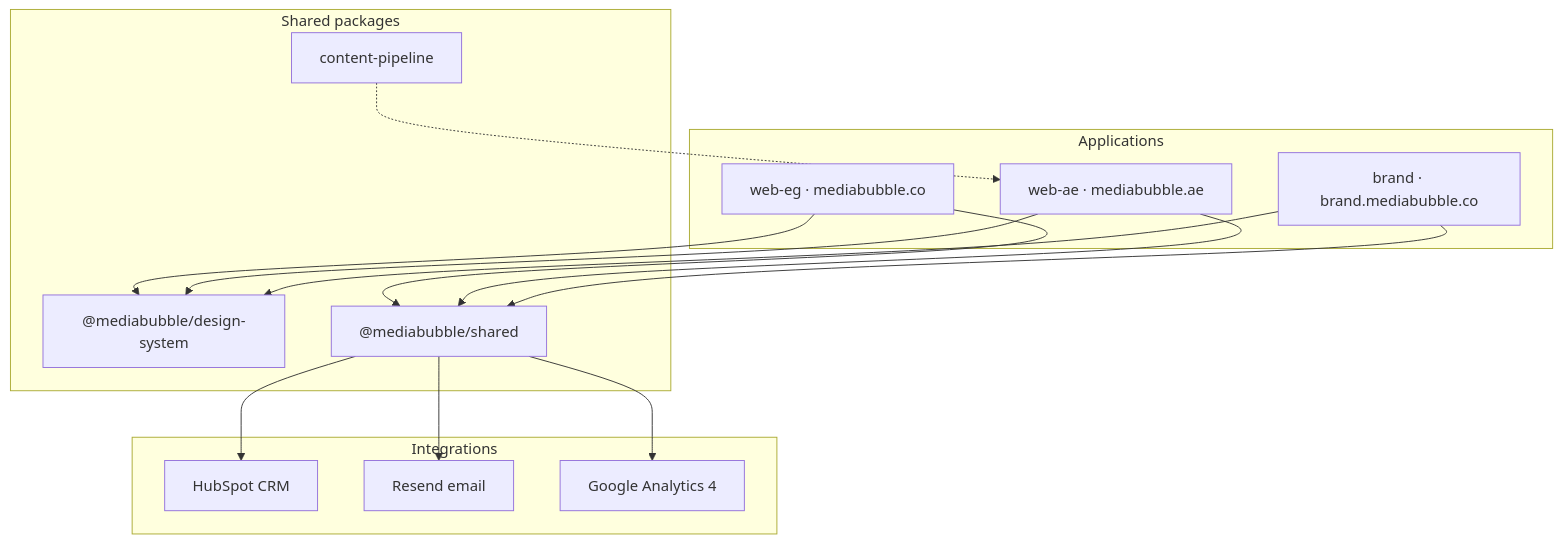
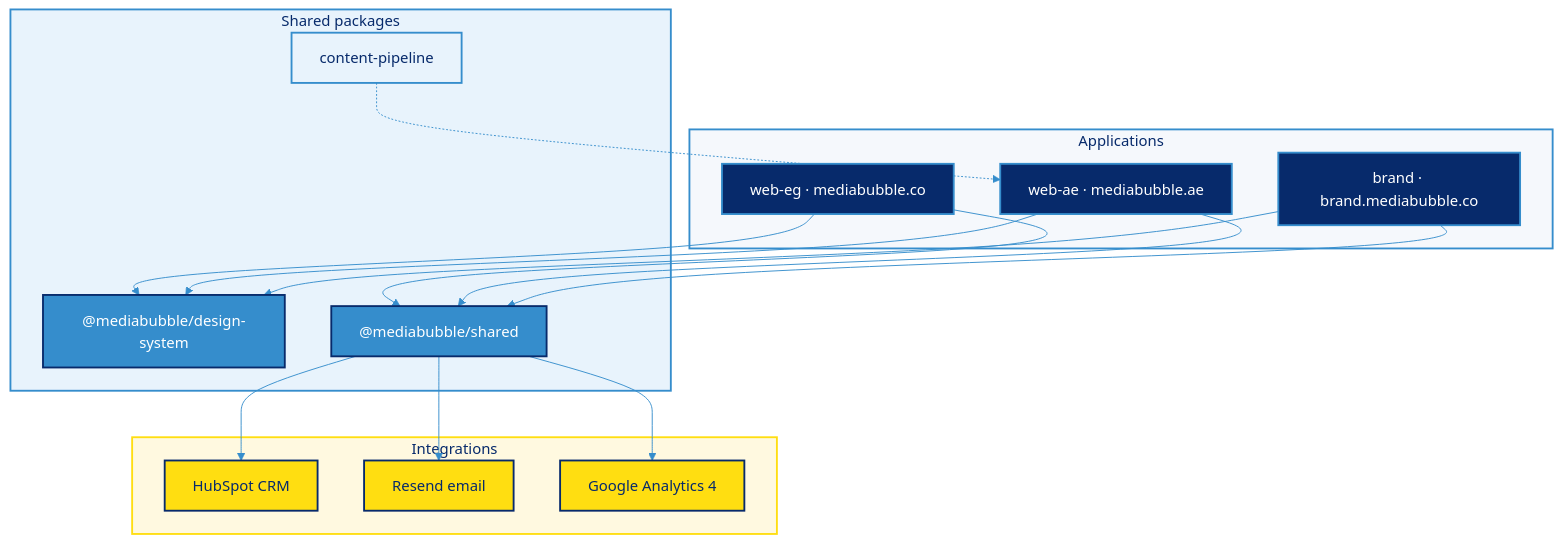
One commit to mediabubble-adv/mediaBubble changed the diagram in README.md. Above: the diagram before and after it, drawn with Mermaid. The commit also changed 66 other files, not shown here.

First line of the commit message:
feat(web): SEO alternates, i18n polish, and brand README diagram

````diff
--- a/README.md
+++ b/README.md
@@ -59,31 +59,46 @@
 ```mermaid
+%%{init: {"theme":"base","themeVariables":{"fontFamily":"Inter, system-ui, sans-serif","lineColor":"#358DCC","primaryTextColor":"#072A6B","primaryColor":"#E8F3FC","primaryBorderColor":"#358DCC","secondaryColor":"#FFF9E0","tertiaryColor":"#F5F8FC"}}}%%
 flowchart TB
   subgraph apps [Applications]
     EG["web-eg · mediabubble.co"]
     AE["web-ae · mediabubble.ae"]
     BR["brand · brand.mediabubble.co"]
   end
 
   subgraph packages [Shared packages]
     DS["@mediabubble/design-system"]
     SH["@mediabubble/shared"]
     CP["content-pipeline"]
   end
 
   subgraph integrations [Integrations]
     HS["HubSpot CRM"]
     RS["Resend email"]
     GA["Google Analytics 4"]
   end
 
   EG --> DS
   EG --> SH
   AE --> DS
   AE --> SH
   BR --> DS
   BR --> SH
   CP -.-> AE
   SH --> HS
   SH --> RS
   SH --> GA
+
+  classDef app fill:#072A6B,stroke:#358DCC,color:#FFFFFF,stroke-width:2px
+  classDef pkg fill:#358DCC,stroke:#072A6B,color:#FFFFFF,stroke-width:2px
+  classDef pipe fill:#E8F3FC,stroke:#358DCC,color:#072A6B,stroke-width:2px
+  classDef integration fill:#FFDE11,stroke:#072A6B,color:#072A6B,stroke-width:2px
+
+  class EG,AE,BR app
+  class DS,SH pkg
+  class CP pipe
+  class HS,RS,GA integration
+
+  style apps fill:#F5F8FC,stroke:#358DCC,stroke-width:2px,color:#072A6B
+  style packages fill:#E8F3FC,stroke:#358DCC,stroke-width:2px,color:#072A6B
+  style integrations fill:#FFF9E0,stroke:#FFDE11,stroke-width:2px,color:#072A6B
 ```
````
